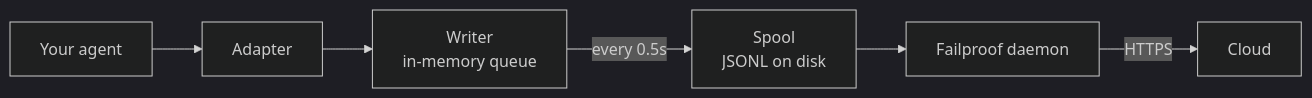
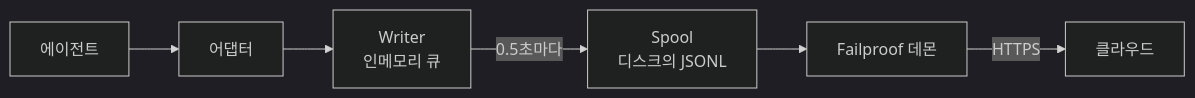
The second of 2 diagrams in docs/ko/start/integrations/custom-agents.mdx (FailproofAI/failproofai), drawn with Mermaid (dark theme) before and after one commit. The commit also changed other lines of this file and 13 other files, not shown here.

````diff
--- a/docs/ko/start/integrations/custom-agents.mdx
+++ b/docs/ko/start/integrations/custom-agents.mdx
@@ -615,8 +615,8 @@
 ```mermaid
 flowchart LR
-    A["Your agent"] --> B["Adapter"]
-    B --> C["Writer<br/>in-memory queue"]
-    C -->|"every 0.5s"| D["Spool<br/>JSONL on disk"]
-    D --> E["Failproof daemon"]
-    E -->|"HTTPS"| F["Cloud"]
+    A["에이전트"] --> B["어댑터"]
+    B --> C["Writer<br/>인메모리 큐"]
+    C -->|"0.5초마다"| D["Spool<br/>디스크의 JSONL"]
+    D --> E["Failproof 데몬"]
+    E -->|"HTTPS"| F["클라우드"]
 ```
````
